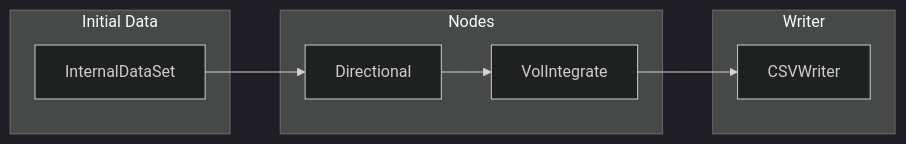
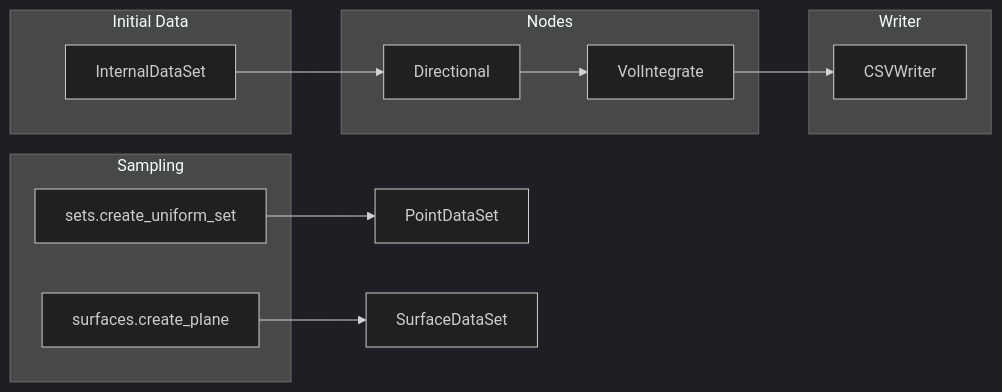
One commit to HenningScheufler/pyOFTools changed the diagram in docs/core_concepts.rst. Above: the diagram before and after it, drawn with Mermaid (dark theme). The commit also changed other lines of this file and 32 other files, not shown here.

```diff
--- a/docs/core_concepts.rst
+++ b/docs/core_concepts.rst
@@ -8,17 +8,23 @@
 .. mermaid::
 
 	graph LR
 		subgraph "Initial Data"
 			InternalDataSet[InternalDataSet]
+		end
+		subgraph "Sampling"
+			Sets[sets.create_uniform_set]
+			Surfaces[surfaces.create_plane]
 		end
 		subgraph "Nodes"
 			Directional[Directional]
 			VolIntegrate[VolIntegrate]
 		end
 		subgraph "Writer"
 			CSVWriter[CSVWriter]
 		end
 
 		InternalDataSet --> Directional
 		Directional --> VolIntegrate
 		VolIntegrate --> CSVWriter
+		Sets --> PointDataSet
+		Surfaces --> SurfaceDataSet
```
